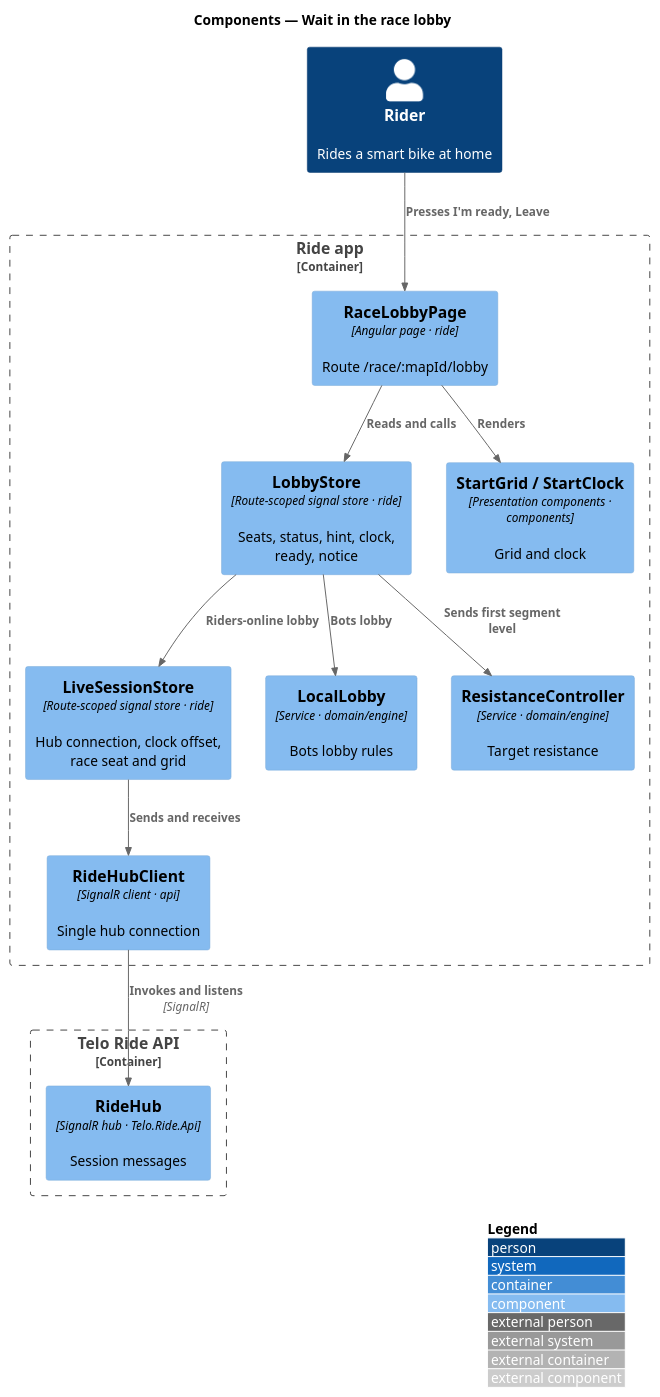
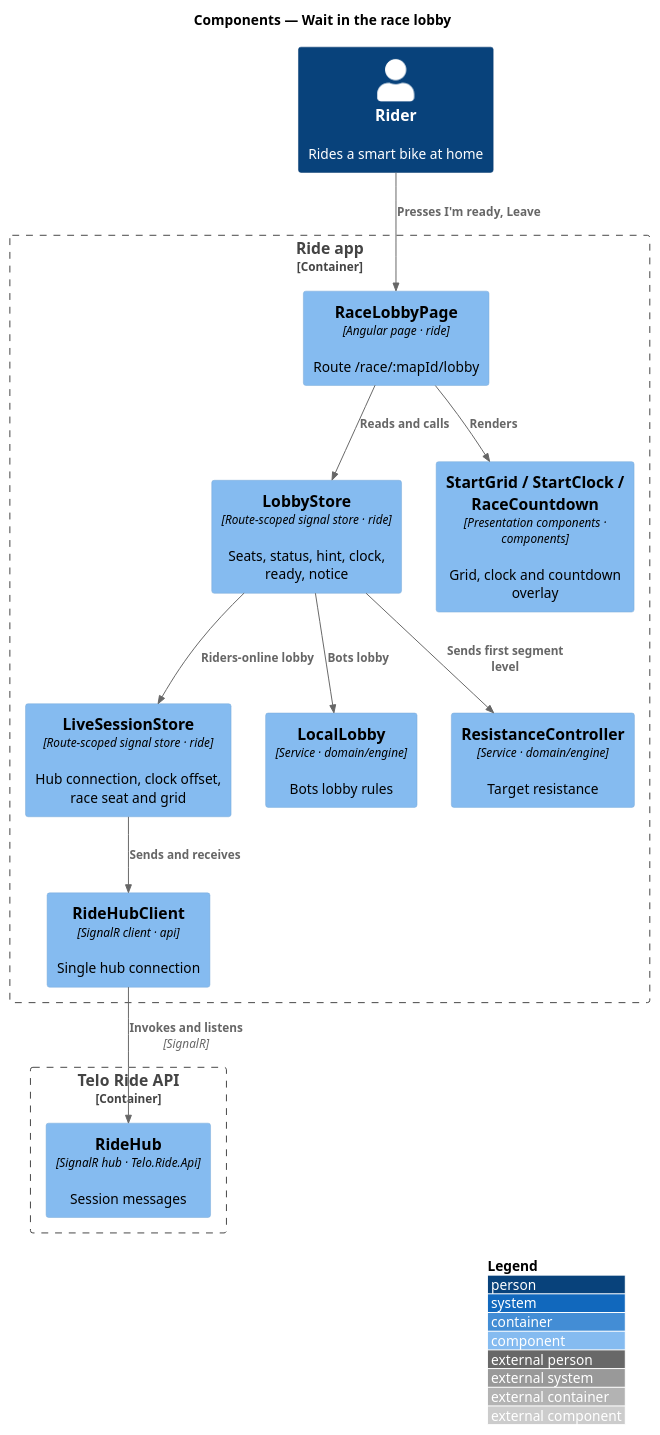
Before and after one commit to QuinntyneBrown/wattzup: the diagram in docs/detailed-designs/race/wait-in-the-race-lobby/diagrams/c4-component.puml, drawn with PlantUML. The commit also changed 13 other files, not shown here.

```diff
--- a/docs/detailed-designs/race/wait-in-the-race-lobby/diagrams/c4-component.puml
+++ b/docs/detailed-designs/race/wait-in-the-race-lobby/diagrams/c4-component.puml
@@ -1,26 +1,26 @@
 @startuml
 !include <C4/C4_Component>
 LAYOUT_WITH_LEGEND()
 title Components — Wait in the race lobby
 Person(rider, "Rider", "Rides a smart bike at home")
 Container_Boundary(app, "Ride app") {
   Component(page, "RaceLobbyPage", "Angular page · ride", "Route /race/:mapId/lobby")
   Component(store, "LobbyStore", "Route-scoped signal store · ride", "Seats, status, hint, clock, ready, notice")
   Component(session, "LiveSessionStore", "Route-scoped signal store · ride", "Hub connection, clock offset, race seat and grid")
   Component(local, "LocalLobby", "Service · domain/engine", "Bots lobby rules")
   Component(res, "ResistanceController", "Service · domain/engine", "Target resistance")
-  Component(ui, "StartGrid / StartClock", "Presentation components · components", "Grid and clock")
+  Component(ui, "StartGrid / StartClock / RaceCountdown", "Presentation components · components", "Grid, clock and countdown overlay")
   Component(hub, "RideHubClient", "SignalR client · api", "Single hub connection")
 }
 Container_Boundary(api, "Telo Ride API") {
   Component(ridehub, "RideHub", "SignalR hub · Telo.Ride.Api", "Session messages")
 }
 Rel(rider, page, "Presses I'm ready, Leave")
 Rel(page, store, "Reads and calls")
 Rel(page, ui, "Renders")
 Rel(store, local, "Bots lobby")
 Rel(store, session, "Riders-online lobby")
 Rel(store, res, "Sends first segment level")
 Rel(session, hub, "Sends and receives")
 Rel(hub, ridehub, "Invokes and listens", "SignalR")
 @enduml
```
